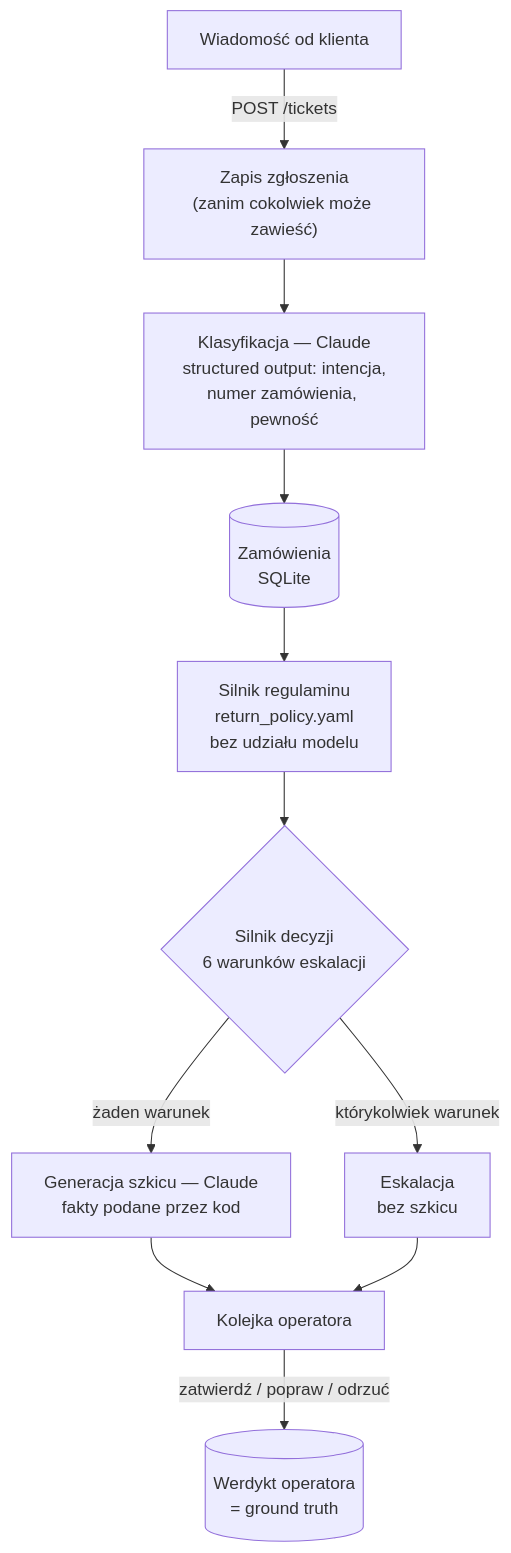
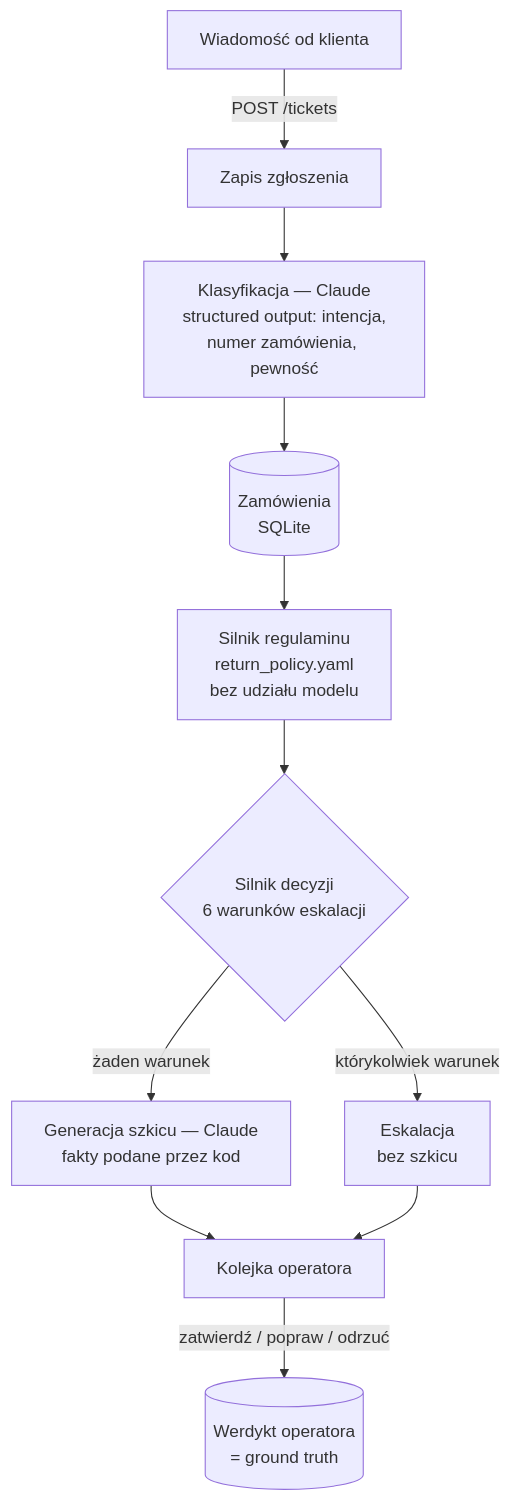
The first of 2 diagrams in README.md (comitme/ai-analizator-zgloszen), drawn with Mermaid before and after one commit.

Commit message:
Fix flowchart formatting in README.md
Corrected formatting in the flowchart section of the README.

````diff
--- a/README.md
+++ b/README.md
@@ -78,13 +78,13 @@
 ```mermaid
 flowchart TD
-    K["Wiadomość od klienta"] -->|"POST /tickets"| S["Zapis zgłoszenia<br/>(zanim cokolwiek może zawieść)"]
+    K["Wiadomość od klienta"] -->|"POST /tickets"| S["Zapis zgłoszenia<br/>"]
     S --> C["Klasyfikacja — Claude<br/>structured output: intencja,<br/>numer zamówienia, pewność"]
     C --> O[("Zamówienia<br/>SQLite")]
     O --> P["Silnik regulaminu<br/>return_policy.yaml<br/>bez udziału modelu"]
     P --> D{"Silnik decyzji<br/>6 warunków eskalacji"}
     D -->|"żaden warunek"| G["Generacja szkicu — Claude<br/>fakty podane przez kod"]
     D -->|"którykolwiek warunek"| E["Eskalacja<br/>bez szkicu"]
     G --> Q["Kolejka operatora"]
     E --> Q
     Q -->|"zatwierdź / popraw / odrzuć"| F[("Werdykt operatora<br/>= ground truth")]
 ```
````
